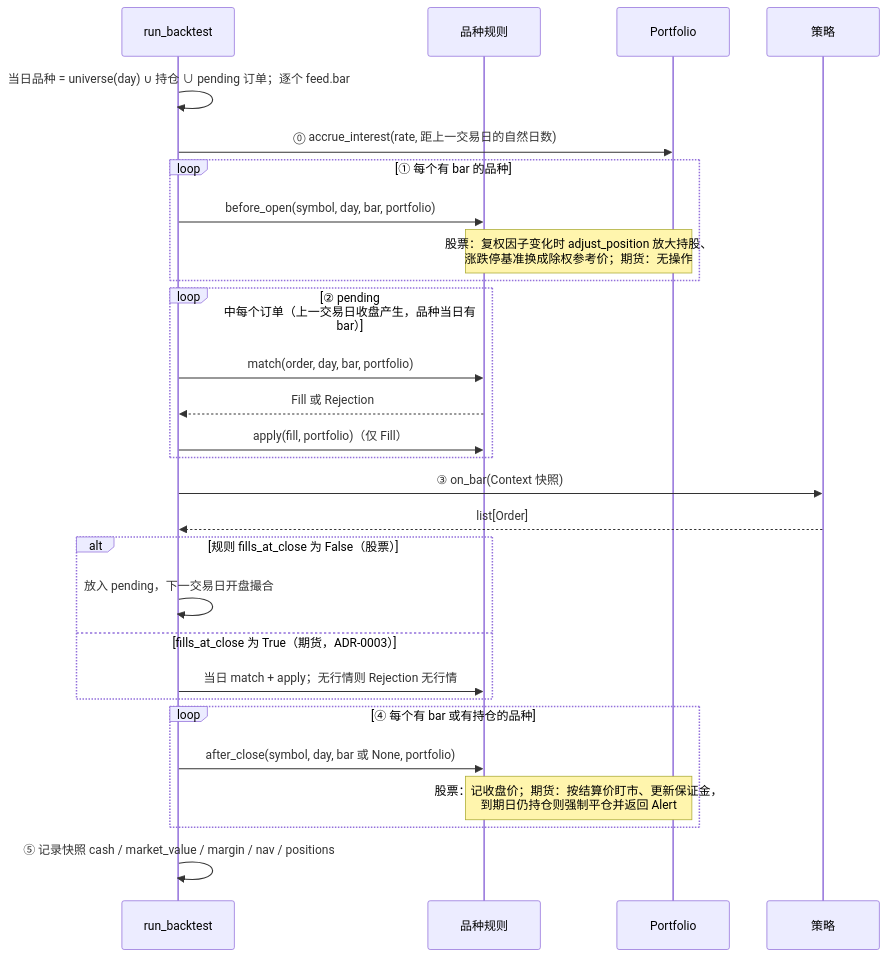
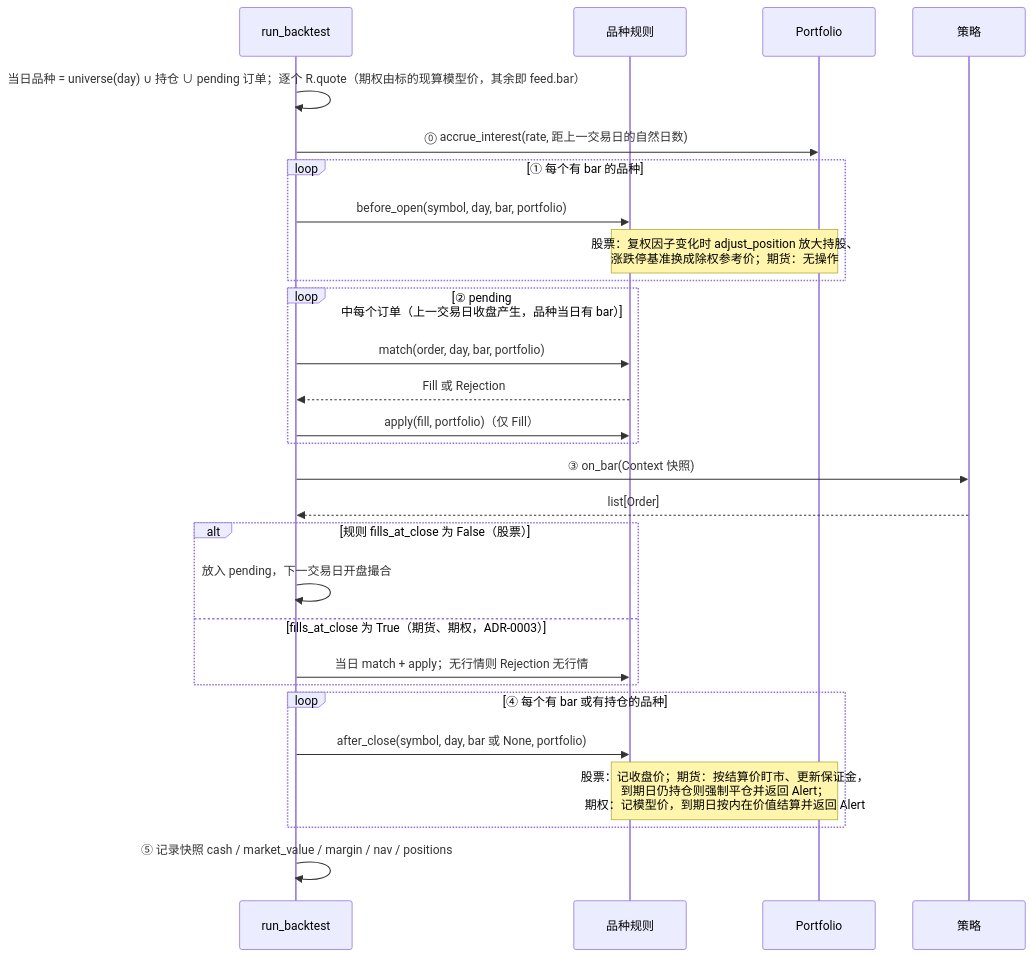
Before and after one commit to guevara12345/quant: the seventh of 26 diagrams in docs/code-walkthrough.md, drawn with Mermaid. The commit also changed other lines of this file and 14 other files, not shown here.

````diff
--- a/docs/code-walkthrough.md
+++ b/docs/code-walkthrough.md
@@ -474,31 +510,31 @@
 ```mermaid
 sequenceDiagram
     participant E as run_backtest
     participant R as 品种规则
     participant P as Portfolio
     participant ST as 策略
 
-    E->>E: 当日品种 = universe(day) ∪ 持仓 ∪ pending 订单；逐个 feed.bar
+    E->>E: 当日品种 = universe(day) ∪ 持仓 ∪ pending 订单；逐个 R.quote（期权由标的现算模型价，其余即 feed.bar）
     E->>P: ⓪ accrue_interest(rate, 距上一交易日的自然日数)
     loop ① 每个有 bar 的品种
         E->>R: before_open(symbol, day, bar, portfolio)
         Note over R,P: 股票：复权因子变化时 adjust_position 放大持股、<br/>涨跌停基准换成除权参考价；期货：无操作
     end
     loop ② pending 中每个订单（上一交易日收盘产生，品种当日有 bar）
         E->>R: match(order, day, bar, portfolio)
         R-->>E: Fill 或 Rejection
         E->>R: apply(fill, portfolio)（仅 Fill）
     end
     E->>ST: ③ on_bar(Context 快照)
     ST-->>E: list[Order]
     alt 规则 fills_at_close 为 False（股票）
         E->>E: 放入 pending，下一交易日开盘撮合
-    else fills_at_close 为 True（期货，ADR-0003）
+    else fills_at_close 为 True（期货、期权，ADR-0003）
         E->>R: 当日 match + apply；无行情则 Rejection 无行情
     end
     loop ④ 每个有 bar 或有持仓的品种
         E->>R: after_close(symbol, day, bar 或 None, portfolio)
-        Note over R,P: 股票：记收盘价；期货：按结算价盯市、更新保证金，<br/>到期日仍持仓则强制平仓并返回 Alert
+        Note over R,P: 股票：记收盘价；期货：按结算价盯市、更新保证金，<br/>到期日仍持仓则强制平仓并返回 Alert；<br/>期权：记模型价，到期日按内在价值结算并返回 Alert
     end
     E->>E: ⑤ 记录快照 cash / market_value / margin / nav / positions
 ```
````
